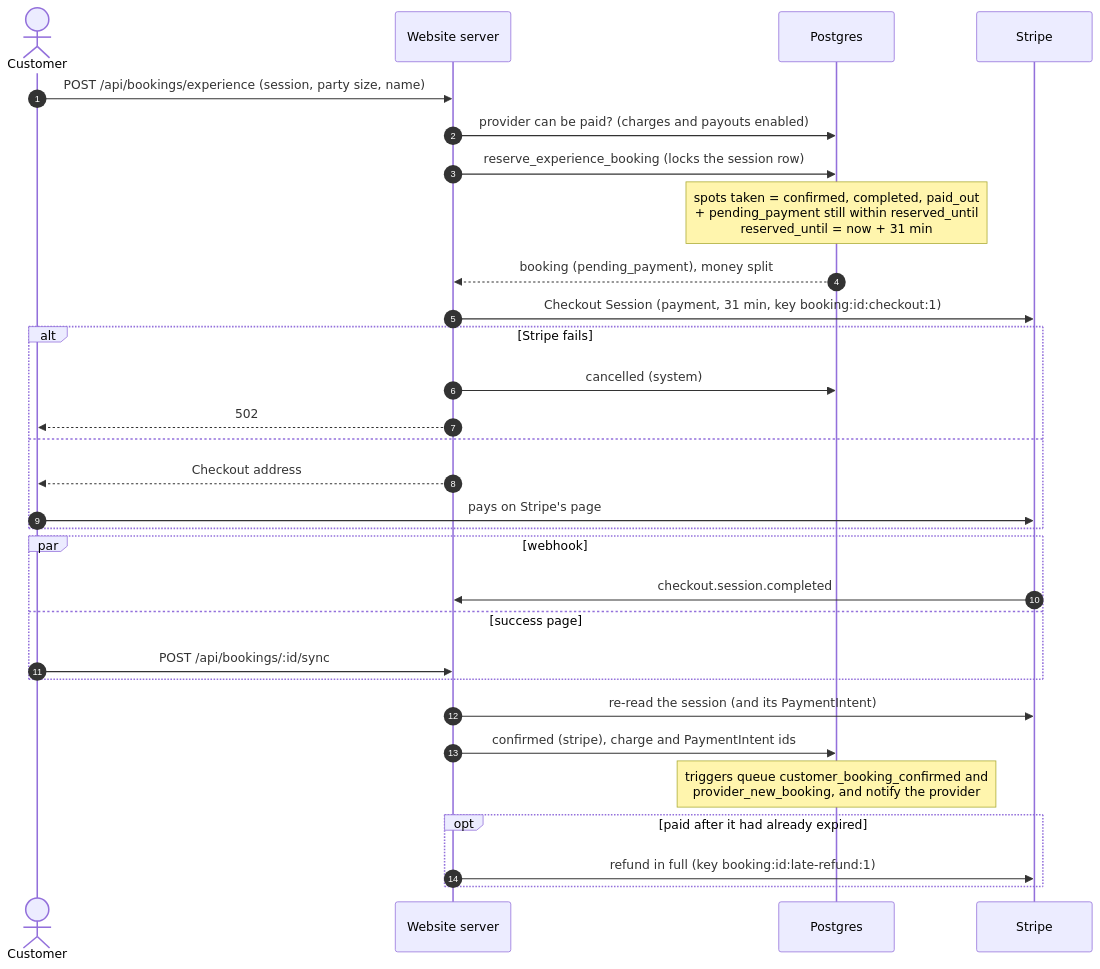
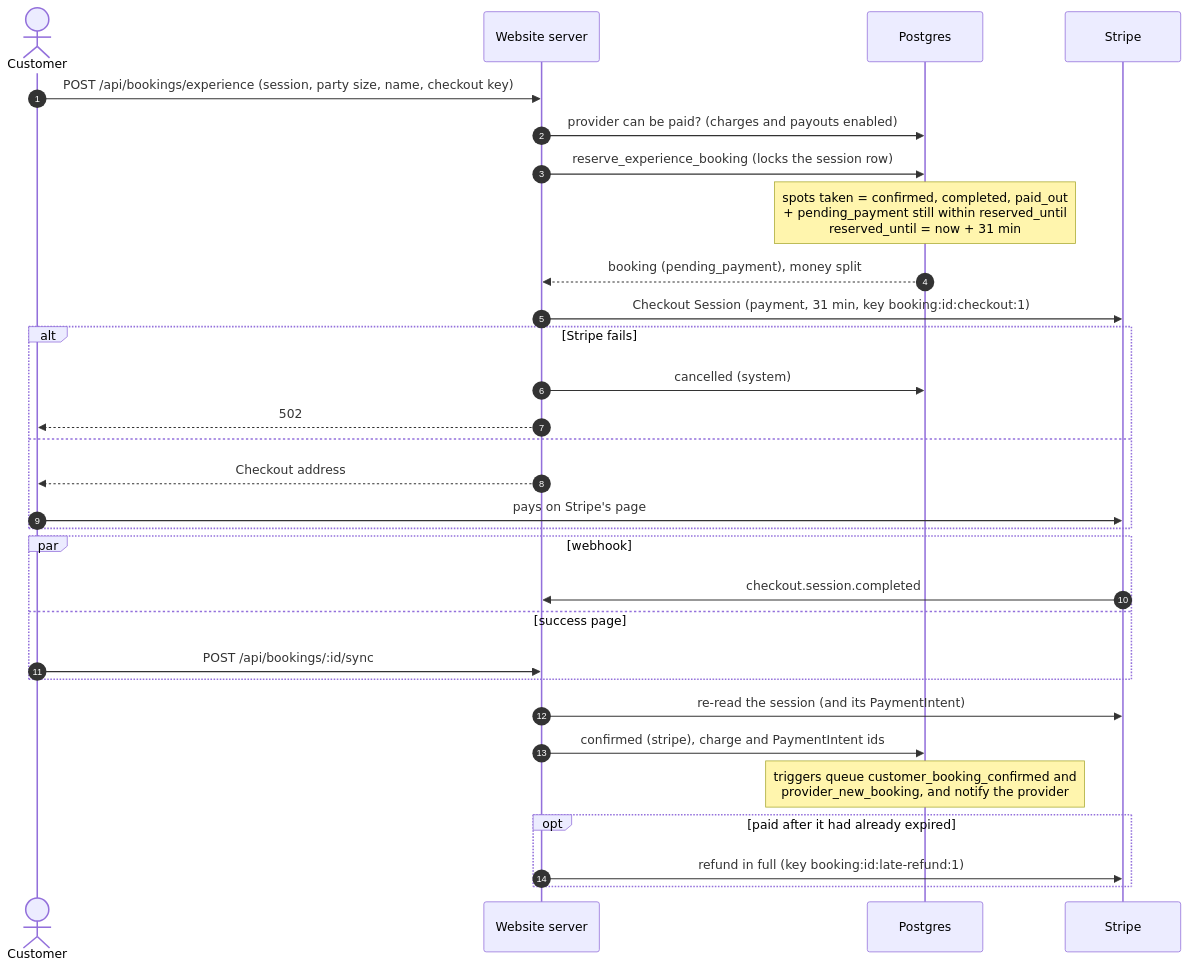
One commit to danielnedelcu/lokl changed the third of 10 diagrams in docs/architecture/booking-and-payments.md. Above: the diagram before and after it, drawn with Mermaid. The commit also changed other lines of this file and 34 other files, not shown here.

````diff
--- a/docs/architecture/booking-and-payments.md
+++ b/docs/architecture/booking-and-payments.md
@@ -170,33 +170,33 @@
 ```mermaid
 sequenceDiagram
   autonumber
   actor C as Customer
   participant W as Website server
   participant DB as Postgres
   participant S as Stripe
 
-  C->>W: POST /api/bookings/experience (session, party size, name)
+  C->>W: POST /api/bookings/experience (session, party size, name, checkout key)
   W->>DB: provider can be paid? (charges and payouts enabled)
   W->>DB: reserve_experience_booking (locks the session row)
   Note over DB: spots taken = confirmed, completed, paid_out<br/>+ pending_payment still within reserved_until<br/>reserved_until = now + 31 min
   DB-->>W: booking (pending_payment), money split
   W->>S: Checkout Session (payment, 31 min, key booking:id:checkout:1)
   alt Stripe fails
     W->>DB: cancelled (system)
     W-->>C: 502
   else
     W-->>C: Checkout address
     C->>S: pays on Stripe's page
   end
   par webhook
     S->>W: checkout.session.completed
   and success page
     C->>W: POST /api/bookings/:id/sync
   end
   W->>S: re-read the session (and its PaymentIntent)
   W->>DB: confirmed (stripe), charge and PaymentIntent ids
   Note over DB: triggers queue customer_booking_confirmed and<br/>provider_new_booking, and notify the provider
   opt paid after it had already expired
     W->>S: refund in full (key booking:id:late-refund:1)
   end
 ```
````
